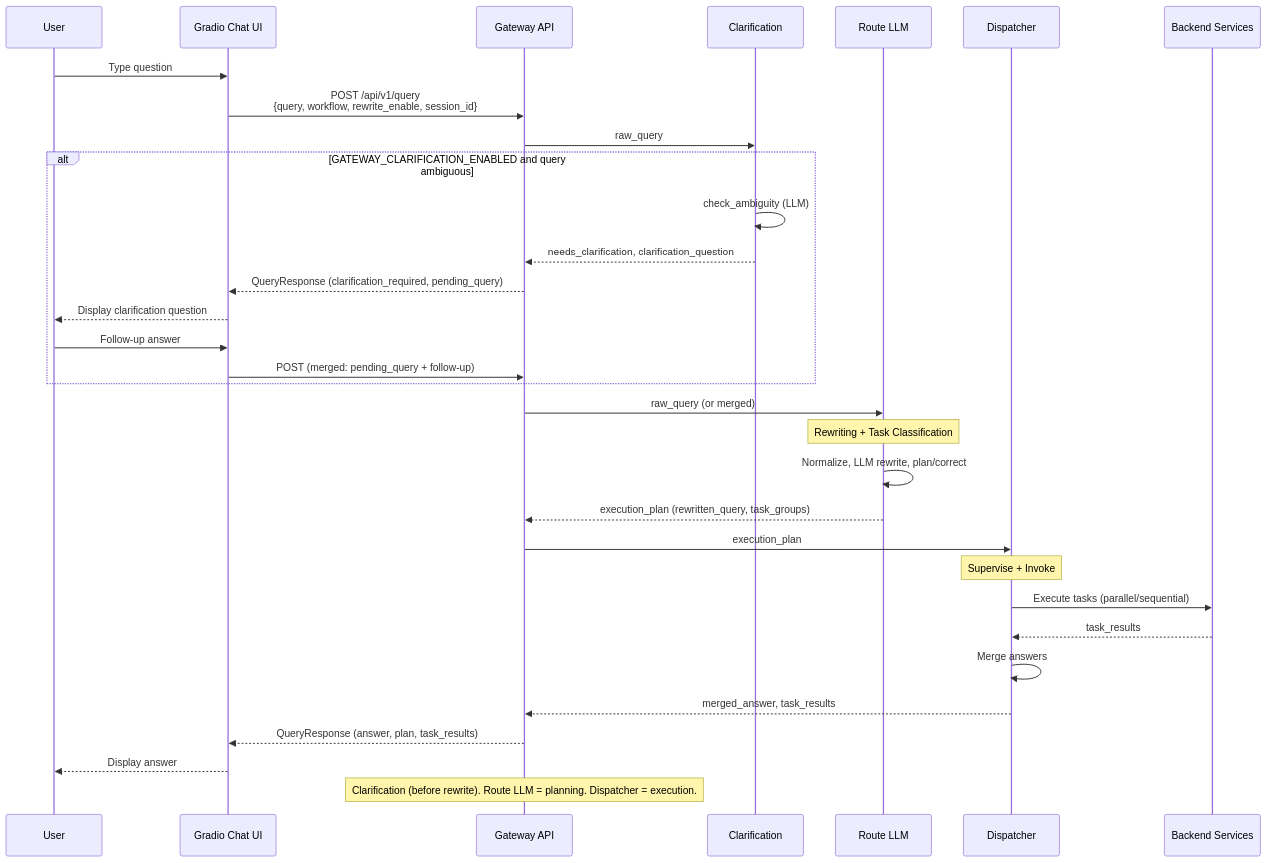
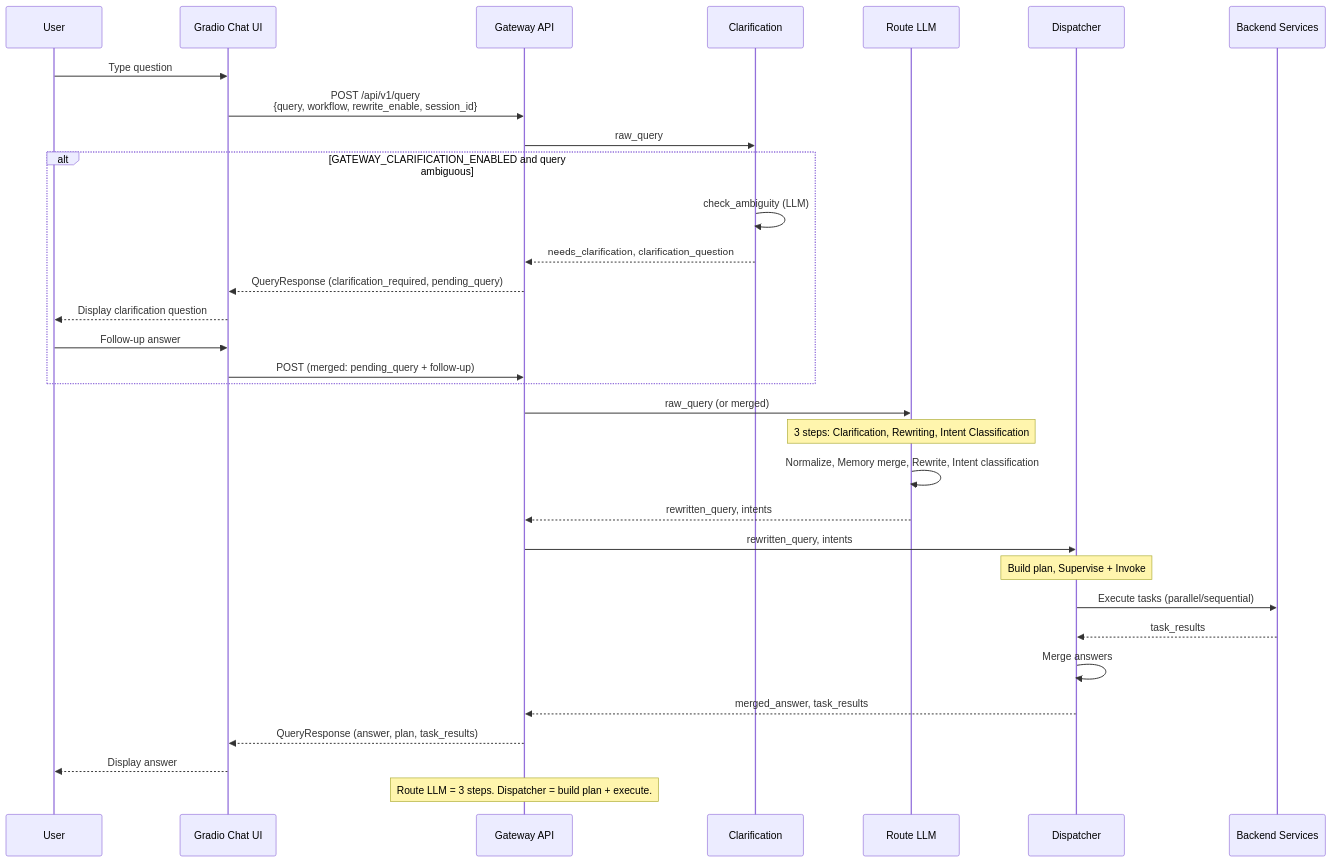
The fifth of 14 diagrams in docs/FRAMEWORK.md (lenhop/IC-RAG-Agent), drawn with Mermaid before and after one commit. The commit also changed other lines of this file and 19 other files, not shown here.

Commit message:
feat: update route llm rewrite routing and tests

````diff
--- a/docs/FRAMEWORK.md
+++ b/docs/FRAMEWORK.md
@@ -278,42 +322,42 @@
 ```mermaid
 sequenceDiagram
     participant User
     participant ChatUI as Gradio Chat UI
     participant GW as Gateway API
     participant Clarify as Clarification
     participant RouteLLM as Route LLM
     participant Dispatcher as Dispatcher
     participant Backend as Backend Services
 
     User->>ChatUI: Type question
     ChatUI->>GW: POST /api/v1/query<br/>{query, workflow, rewrite_enable, session_id}
     GW->>Clarify: raw_query
 
     alt GATEWAY_CLARIFICATION_ENABLED and query ambiguous
         Clarify->>Clarify: check_ambiguity (LLM)
         Clarify-->>GW: needs_clarification, clarification_question
         GW-->>ChatUI: QueryResponse (clarification_required, pending_query)
         ChatUI-->>User: Display clarification question
         User->>ChatUI: Follow-up answer
         ChatUI->>GW: POST (merged: pending_query + follow-up)
     end
 
     GW->>RouteLLM: raw_query (or merged)
 
-    Note over RouteLLM: Rewriting + Task Classification
-    RouteLLM->>RouteLLM: Normalize, LLM rewrite, plan/correct
-    RouteLLM-->>GW: execution_plan (rewritten_query, task_groups)
+    Note over RouteLLM: 3 steps: Clarification, Rewriting, Intent Classification
+    RouteLLM->>RouteLLM: Normalize, Memory merge, Rewrite, Intent classification
+    RouteLLM-->>GW: rewritten_query, intents
 
-    GW->>Dispatcher: execution_plan
+    GW->>Dispatcher: rewritten_query, intents
 
-    Note over Dispatcher: Supervise + Invoke
+    Note over Dispatcher: Build plan, Supervise + Invoke
     Dispatcher->>Backend: Execute tasks (parallel/sequential)
     Backend-->>Dispatcher: task_results
     Dispatcher->>Dispatcher: Merge answers
     Dispatcher-->>GW: merged_answer, task_results
 
     GW-->>ChatUI: QueryResponse (answer, plan, task_results)
     ChatUI-->>User: Display answer
 
-    Note over GW: Clarification (before rewrite). Route LLM = planning. Dispatcher = execution.
+    Note over GW: Route LLM = 3 steps. Dispatcher = build plan + execute.
 ```
````
